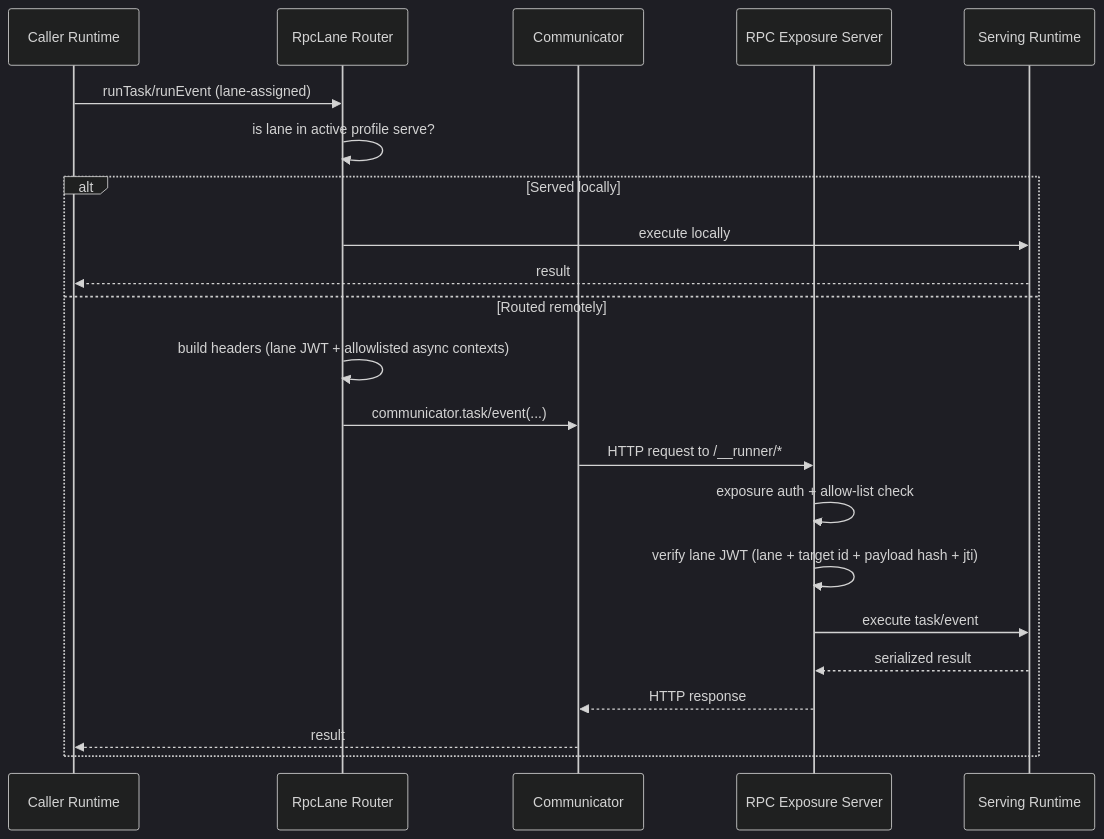
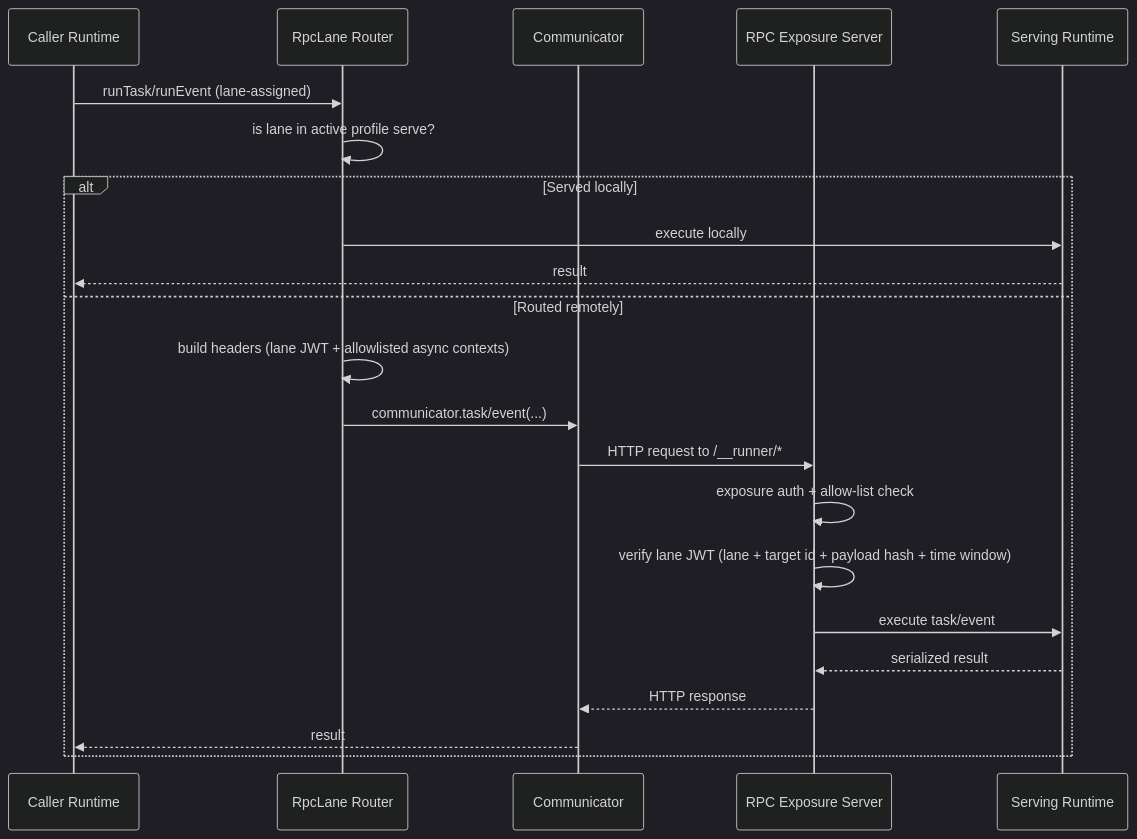
Before and after one commit to bluelibs/runner: the fourth of 4 diagrams in readmes/REMOTE_LANES.md, drawn with Mermaid (dark theme). The commit also changed other lines of this file and 22 other files, not shown here.

Commit message:
refactor(auth): remove replay protection and related logic from auth flow

````diff
--- a/readmes/REMOTE_LANES.md
+++ b/readmes/REMOTE_LANES.md
@@ -561,25 +561,25 @@
 ```mermaid
 sequenceDiagram
     participant CR as Caller Runtime
     participant RL as RpcLane Router
     participant CM as Communicator
     participant EX as RPC Exposure Server
     participant SR as Serving Runtime
 
     CR->>RL: runTask/runEvent (lane-assigned)
     RL->>RL: is lane in active profile serve?
     alt Served locally
       RL->>SR: execute locally
       SR-->>CR: result
     else Routed remotely
       RL->>RL: build headers (lane JWT + allowlisted async contexts)
       RL->>CM: communicator.task/event(...)
       CM->>EX: HTTP request to /__runner/*
       EX->>EX: exposure auth + allow-list check
-      EX->>EX: verify lane JWT (lane + target id + payload hash + jti)
+      EX->>EX: verify lane JWT (lane + target id + payload hash + time window)
       EX->>SR: execute task/event
       SR-->>EX: serialized result
       EX-->>CM: HTTP response
       CM-->>CR: result
     end
 ```
````
